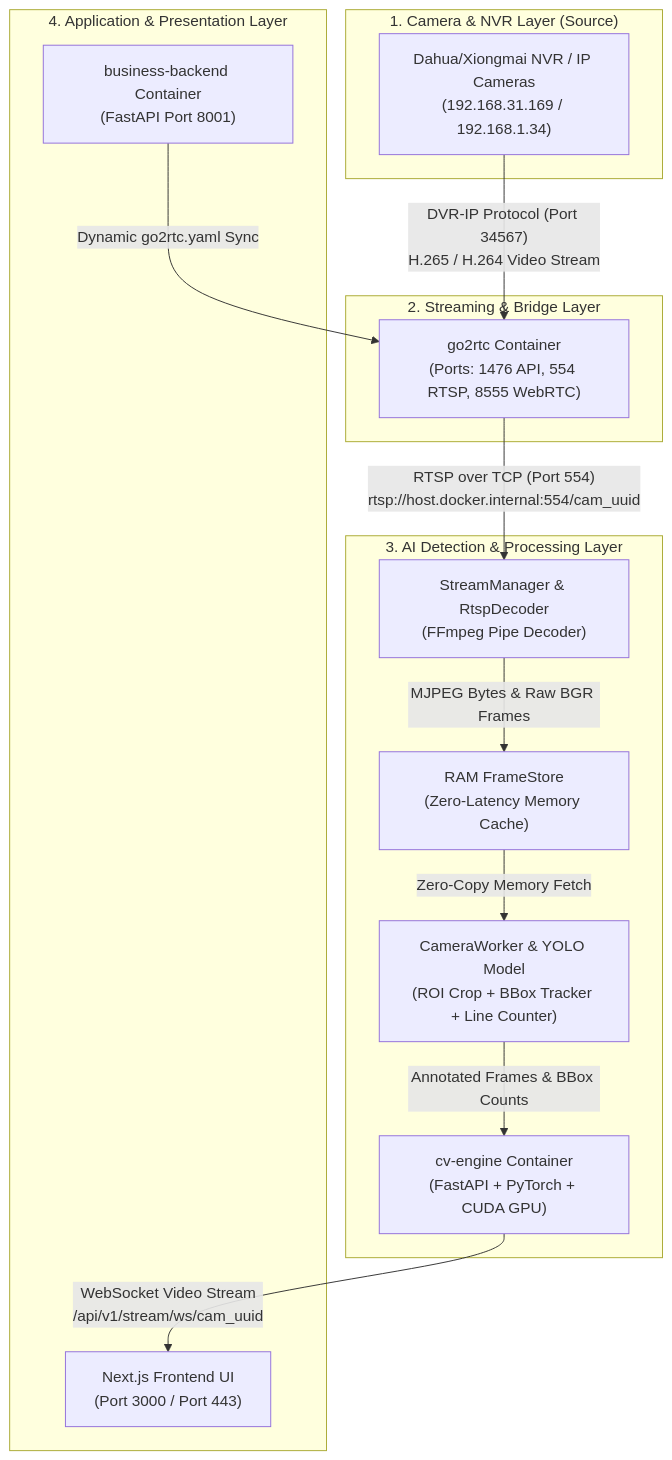
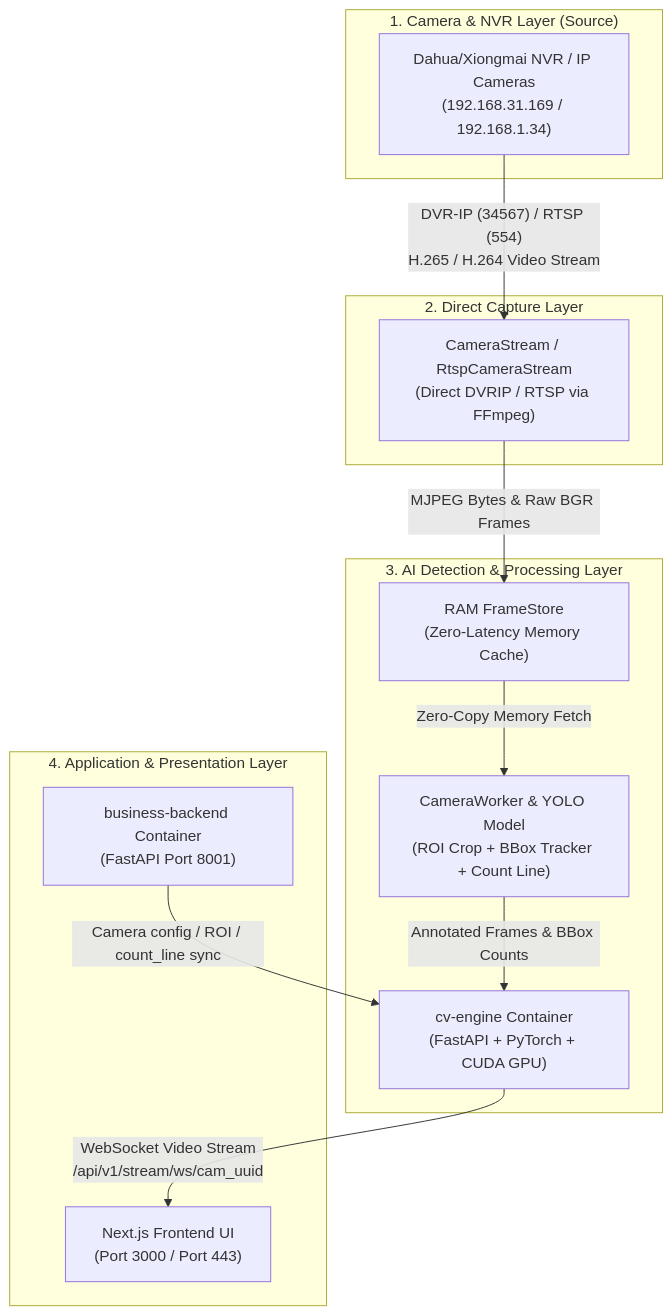
The diagram in README.md (PhoniexCoder/Warehouse-Automation), drawn with Mermaid before and after one commit. The commit also changed other lines of this file and 23 other files, not shown here.

First line of the commit message:
Direct DVRIP/RTSP capture, count-line tracking, and camera reset

````diff
--- a/README.md
+++ b/README.md
@@ -9,31 +9,29 @@
 ```mermaid
 graph TD
     subgraph Edge Layer ["1. Camera & NVR Layer (Source)"]
         NVR["Dahua/Xiongmai NVR / IP Cameras<br>(192.168.31.169 / 192.168.1.34)"]
     end
 
-    subgraph Bridge Layer ["2. Streaming & Bridge Layer"]
-        GO2RTC["go2rtc Container<br>(Ports: 1476 API, 554 RTSP, 8555 WebRTC)"]
+    subgraph Capture Layer ["2. Direct Capture Layer"]
+        CameraStream["CameraStream / RtspCameraStream<br>(Direct DVRIP / RTSP via FFmpeg)"]
     end
 
     subgraph Analytics Layer ["3. AI Detection & Processing Layer"]
         CVEngine["cv-engine Container<br>(FastAPI + PyTorch + CUDA GPU)"]
-        StreamMgr["StreamManager & RtspDecoder<br>(FFmpeg Pipe Decoder)"]
         RAMStore["RAM FrameStore<br>(Zero-Latency Memory Cache)"]
-        YOLOWorker["CameraWorker & YOLO Model<br>(ROI Crop + BBox Tracker + Line Counter)"]
+        YOLOWorker["CameraWorker & YOLO Model<br>(ROI Crop + BBox Tracker + Count Line)"]
     end
 
     subgraph Web App Layer ["4. Application & Presentation Layer"]
         BusinessBackend["business-backend Container<br>(FastAPI Port 8001)"]
         Frontend["Next.js Frontend UI<br>(Port 3000 / Port 443)"]
     end
 
     %% Protocol Connections
-    NVR -->|"DVR-IP Protocol (Port 34567)<br>H.265 / H.264 Video Stream"| GO2RTC
-    GO2RTC -->|"RTSP over TCP (Port 554)<br>rtsp://host.docker.internal:554/cam_uuid"| StreamMgr
-    StreamMgr -->|"MJPEG Bytes & Raw BGR Frames"| RAMStore
+    NVR -->|"DVR-IP (34567) / RTSP (554)<br>H.265 / H.264 Video Stream"| CameraStream
+    CameraStream -->|"MJPEG Bytes & Raw BGR Frames"| RAMStore
     RAMStore -->|"Zero-Copy Memory Fetch"| YOLOWorker
     YOLOWorker -->|"Annotated Frames & BBox Counts"| CVEngine
     CVEngine -->|"WebSocket Video Stream<br>/api/v1/stream/ws/cam_uuid"| Frontend
-    BusinessBackend -->|"Dynamic go2rtc.yaml Sync"| GO2RTC
+    BusinessBackend -->|"Camera config / ROI / count_line sync"| CVEngine
 ```
````
